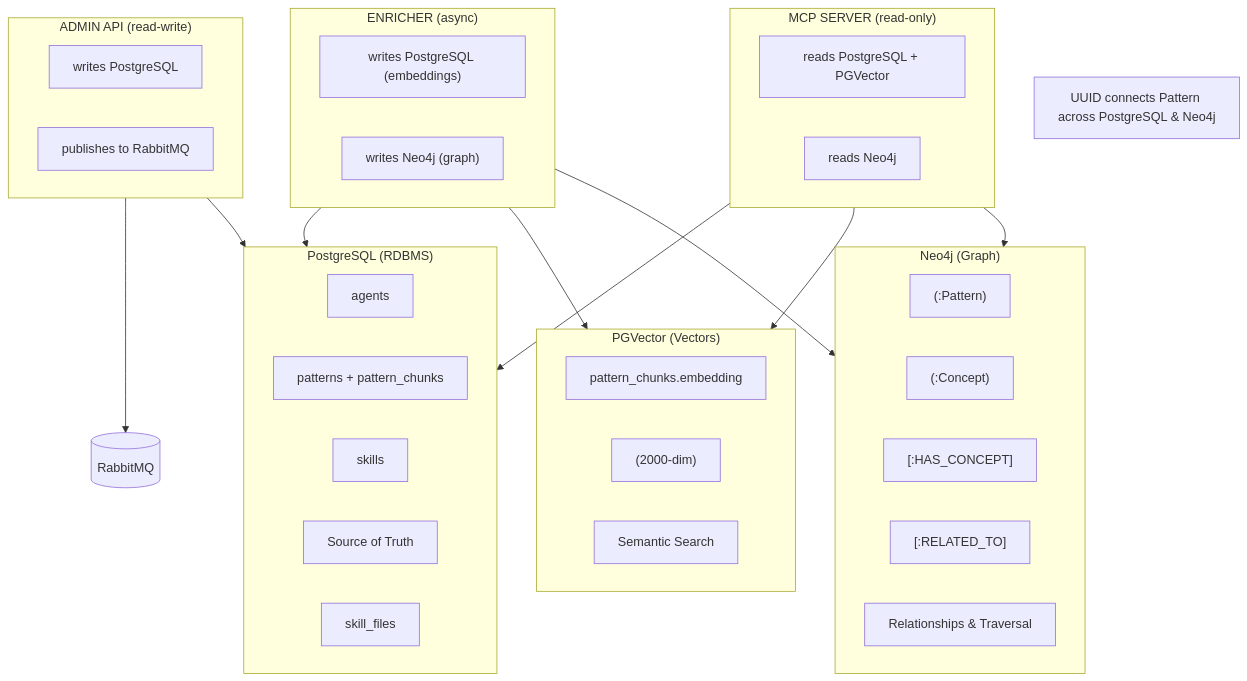
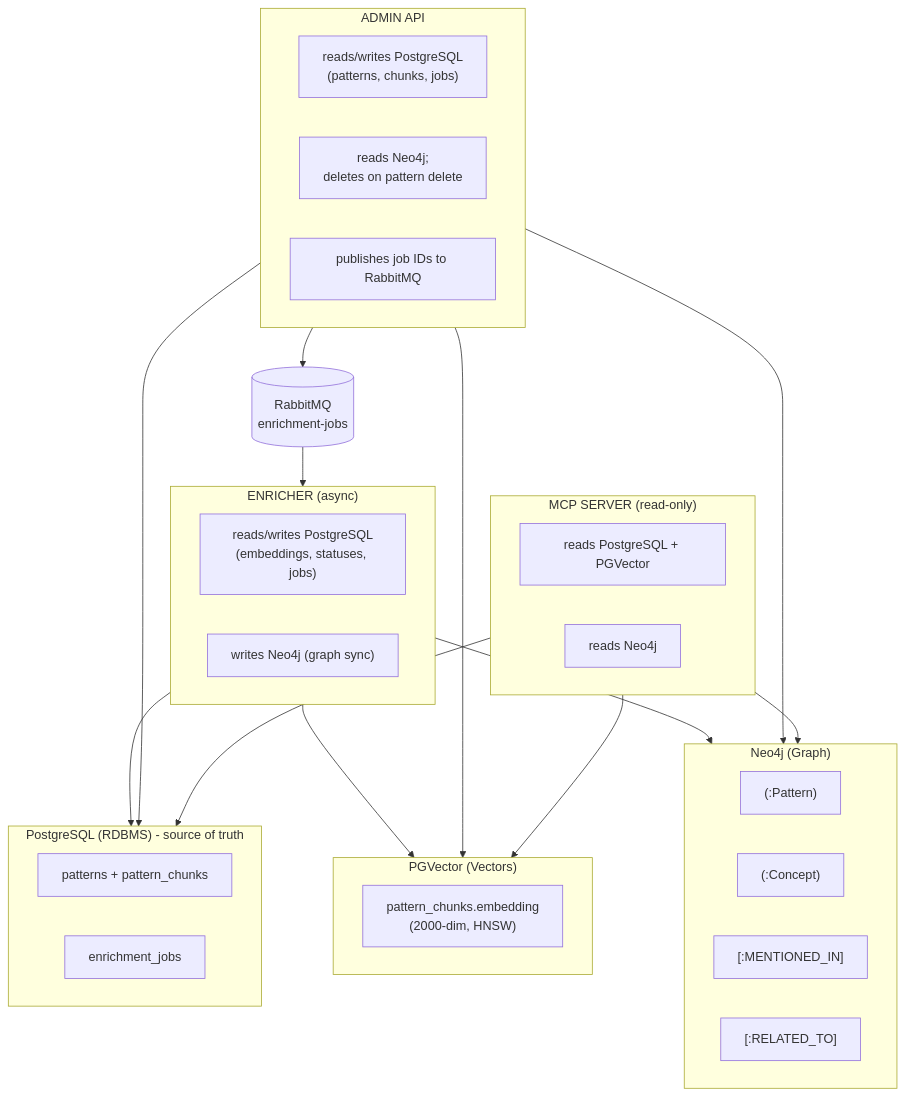
The first of 5 diagrams in docs/architecture/system/05-database-integration-flow.md (twistingmercury/mnemonic-docs), drawn with Mermaid before and after one commit. The commit also changed other lines of this file and 41 other files, not shown here.

````diff
--- a/docs/architecture/system/05-database-integration-flow.md
+++ b/docs/architecture/system/05-database-integration-flow.md
@@ -68,53 +69,51 @@
 ```mermaid
 flowchart TB
     subgraph MCP_SERVER["MCP SERVER (read-only)"]
         direction LR
         MCP_PG["reads PostgreSQL + PGVector"]
         MCP_N4J["reads Neo4j"]
     end
 
-    subgraph ADMIN_API["ADMIN API (read-write)"]
+    subgraph ADMIN_API["ADMIN API"]
         direction LR
-        API_PG["writes PostgreSQL"]
-        API_MQ["publishes to RabbitMQ"]
+        API_PG["reads/writes PostgreSQL<br/>(patterns, chunks, jobs)"]
+        API_N4J["reads Neo4j;<br/>deletes on pattern delete"]
+        API_MQ["publishes job IDs to RabbitMQ"]
     end
 
     subgraph ENRICHER["ENRICHER (async)"]
         direction LR
-        ENR_PG["writes PostgreSQL (embeddings)"]
-        ENR_N4J["writes Neo4j (graph)"]
+        ENR_PG["reads/writes PostgreSQL<br/>(embeddings, statuses, jobs)"]
+        ENR_N4J["writes Neo4j (graph sync)"]
     end
 
-    subgraph PostgreSQL["PostgreSQL (RDBMS)"]
-        PG1["agents"]
+    subgraph PostgreSQL["PostgreSQL (RDBMS) - source of truth"]
         PG2["patterns + pattern_chunks"]
-        PG3["skills"]
-        PG5["Source of Truth"]
-        PG6["skill_files"]
+        PG3["enrichment_jobs"]
     end
 
     subgraph PGVector["PGVector (Vectors)"]
-        PV1["pattern_chunks.embedding"]
-        PV2["(2000-dim)"]
-        PV5["Semantic Search"]
+        PV1["pattern_chunks.embedding<br/>(2000-dim, HNSW)"]
     end
 
     subgraph Neo4j["Neo4j (Graph)"]
         N2["(:Pattern)"]
         N3["(:Concept)"]
-        N5["[:HAS_CONCEPT]"]
+        N5["[:MENTIONED_IN]"]
         N6["[:RELATED_TO]"]
-        N7["Relationships & Traversal"]
     end
+
+    RabbitMQ[("RabbitMQ<br/>enrichment-jobs")]
 
     MCP_PG --> PostgreSQL
     MCP_PG --> PGVector
     MCP_N4J --> Neo4j
     API_PG --> PostgreSQL
-    API_MQ --> RabbitMQ[("RabbitMQ")]
+    API_PG --> PGVector
+    API_N4J --> Neo4j
+    API_MQ --> RabbitMQ
+    RabbitMQ --> ENRICHER
     ENR_PG --> PostgreSQL
     ENR_PG --> PGVector
     ENR_N4J --> Neo4j
-
-    Note["UUID connects Pattern across PostgreSQL & Neo4j"]
 ```
````
